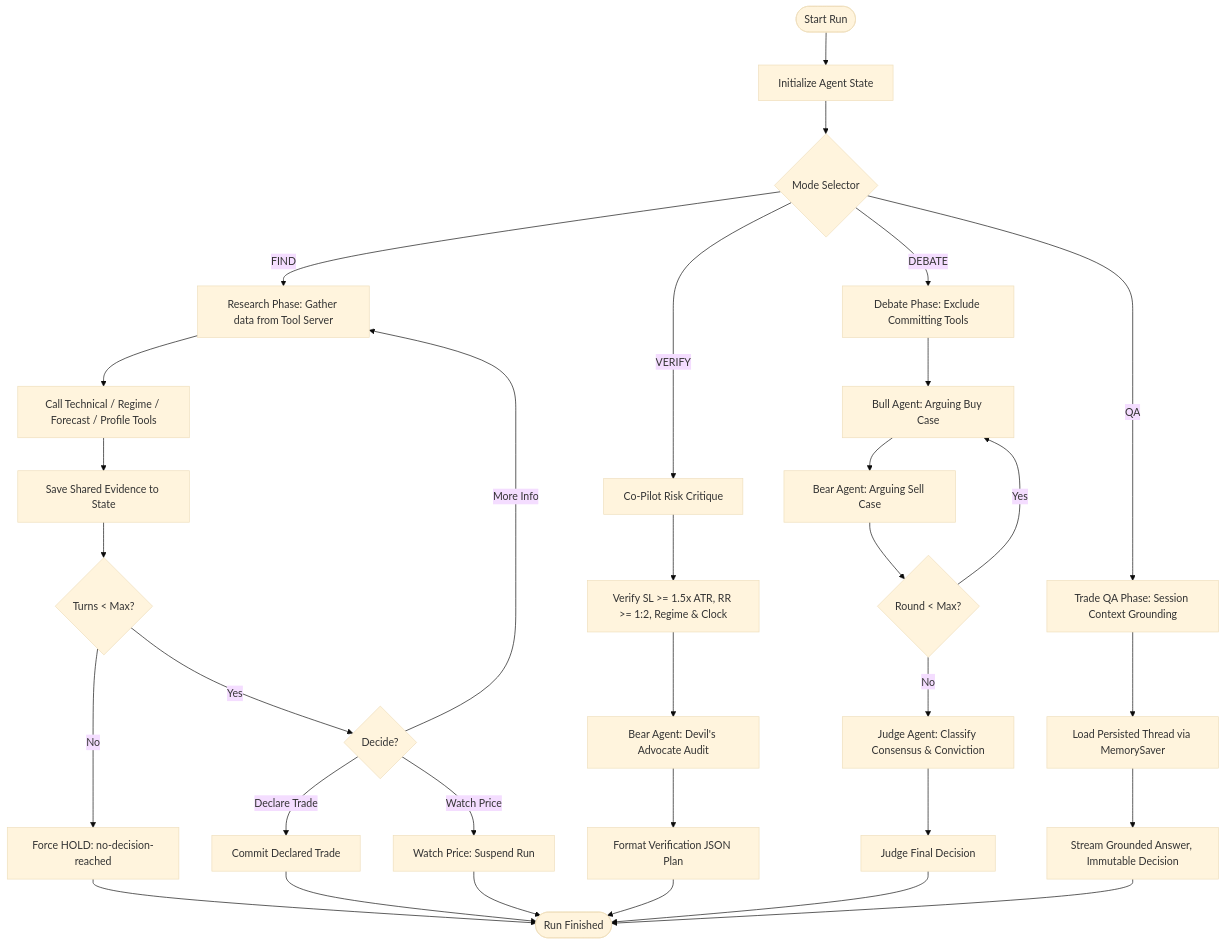
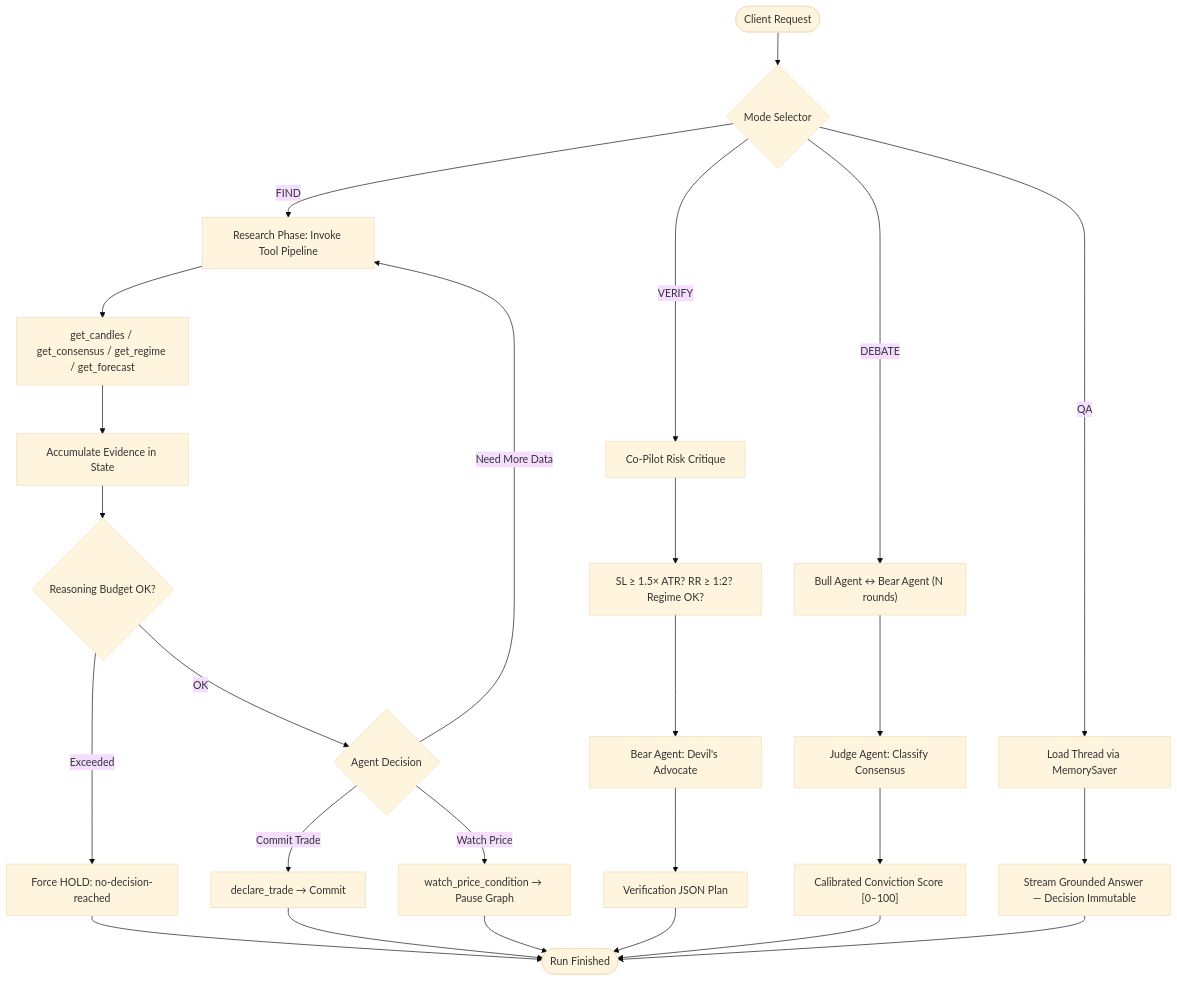
The second of 2 diagrams in README.md (6829nkhpas/Ai-trader), drawn with Mermaid (base theme) before and after one commit. The commit also changed other lines of this file, not shown here.

Commit message:
docs: overhaul README architecture documentation and system diagrams

````diff
--- a/README.md
+++ b/README.md
@@ -138,44 +305,33 @@
 ```mermaid
 graph TD
-    Start([Start Run]) --> Init[Initialize Agent State]
-    Init --> CheckMode{Mode Selector}
-    
-    %% FIND Mode Flow
-    CheckMode -->|FIND| Research[Research Phase: Gather data from Tool Server]
-    Research --> CallTools[Call Technical / Regime / Forecast / Profile Tools]
-    CallTools --> SaveEvidence[Save Shared Evidence to State]
-    SaveEvidence --> CheckTurns{Turns < Max?}
-    CheckTurns -->|Yes| DecideFind{Decide?}
-    CheckTurns -->|No| ForceHold[Force HOLD: no-decision-reached]
-    DecideFind -->|Declare Trade| Commit[Commit Declared Trade]
-    DecideFind -->|Watch Price| Suspend[Watch Price: Suspend Run]
-    DecideFind -->|More Info| Research
-    
-    %% VERIFY Mode Flow
-    CheckMode -->|VERIFY| RiskAudit[Co-Pilot Risk Critique]
-    RiskAudit --> VerifyChecks[Verify SL >= 1.5x ATR, RR >= 1:2, Regime & Clock]
-    VerifyChecks --> DevilsAdvocate[Bear Agent: Devil's Advocate Audit]
-    DevilsAdvocate --> VerifyVerdict[Format Verification JSON Plan]
-    
-    %% DEBATE Mode Flow
-    CheckMode -->|DEBATE| DebatePrep[Debate Phase: Exclude Committing Tools]
-    DebatePrep --> BullTurn[Bull Agent: Arguing Buy Case]
-    BullTurn --> BearTurn[Bear Agent: Arguing Sell Case]
-    BearTurn --> CheckRounds{Round < Max?}
-    CheckRounds -->|Yes| BullTurn
-    CheckRounds -->|No| JudgeTurn[Judge Agent: Classify Consensus & Conviction]
-    JudgeTurn --> Verdict[Judge Final Decision]
-    
-    %% Q&A Mode Flow
-    CheckMode -->|QA| QAPhase[Trade QA Phase: Session Context Grounding]
-    QAPhase --> ReadCheckpoint[Load Persisted Thread via MemorySaver]
-    ReadCheckpoint --> AnswerQA[Stream Grounded Answer, Immutable Decision]
+    Start([Client Request]) --> Router{Mode Selector}
 
-    %% Terminal States
-    ForceHold --> Finish([Run Finished])
-    Commit --> Finish
-    Suspend --> Finish
-    VerifyVerdict --> Finish
-    Verdict --> Finish
-    AnswerQA --> Finish
+    Router -->|FIND| Research[Research Phase: Invoke Tool Pipeline]
+    Research --> Tools[get_candles / get_consensus / get_regime / get_forecast]
+    Tools --> Evidence[Accumulate Evidence in State]
+    Evidence --> Budget{Reasoning Budget OK?}
+    Budget -->|Exceeded| ForceHold[Force HOLD: no-decision-reached]
+    Budget -->|OK| Decide{Agent Decision}
+    Decide -->|Commit Trade| DeclaredTrade[declare_trade → Commit]
+    Decide -->|Watch Price| Suspend[watch_price_condition → Pause Graph]
+    Decide -->|Need More Data| Research
+
+    Router -->|VERIFY| Audit[Co-Pilot Risk Critique]
+    Audit --> Checks["SL ≥ 1.5× ATR? RR ≥ 1:2? Regime OK?"]
+    Checks --> Devil[Bear Agent: Devil's Advocate]
+    Devil --> Verdict[Verification JSON Plan]
+
+    Router -->|DEBATE| BullBear["Bull Agent ↔ Bear Agent (N rounds)"]
+    BullBear --> Judge[Judge Agent: Classify Consensus]
+    Judge --> Conviction["Calibrated Conviction Score [0–100]"]
+
+    Router -->|QA| QA[Load Thread via MemorySaver]
+    QA --> Answer[Stream Grounded Answer — Decision Immutable]
+
+    ForceHold --> End([Run Finished])
+    DeclaredTrade --> End
+    Suspend --> End
+    Verdict --> End
+    Conviction --> End
+    Answer --> End
 ```
````
